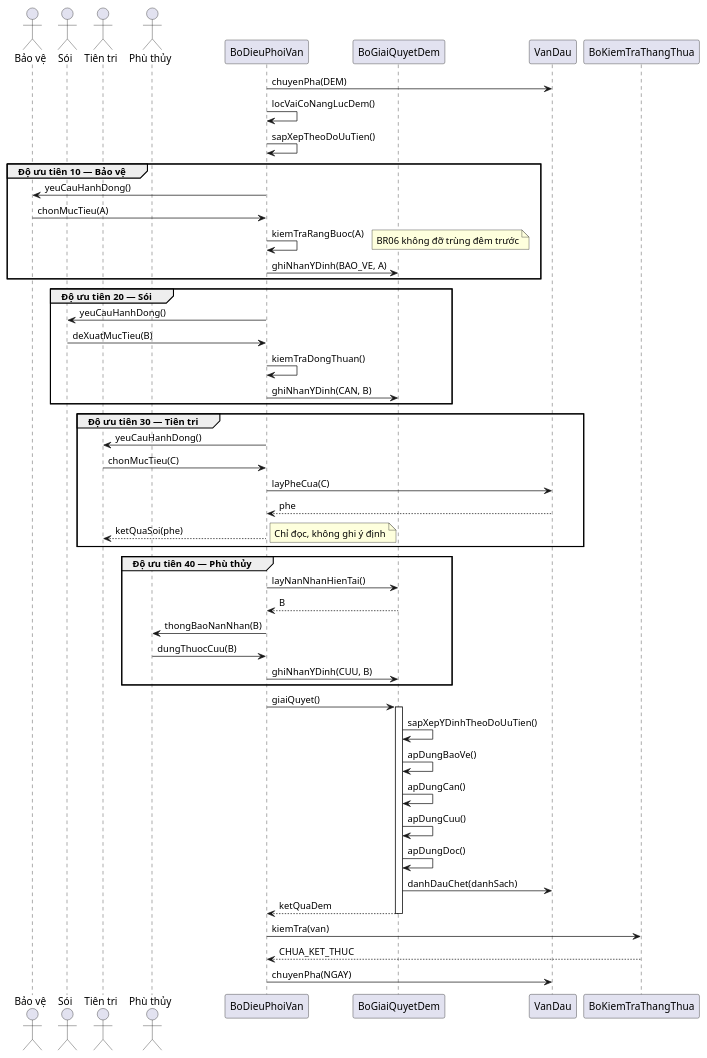
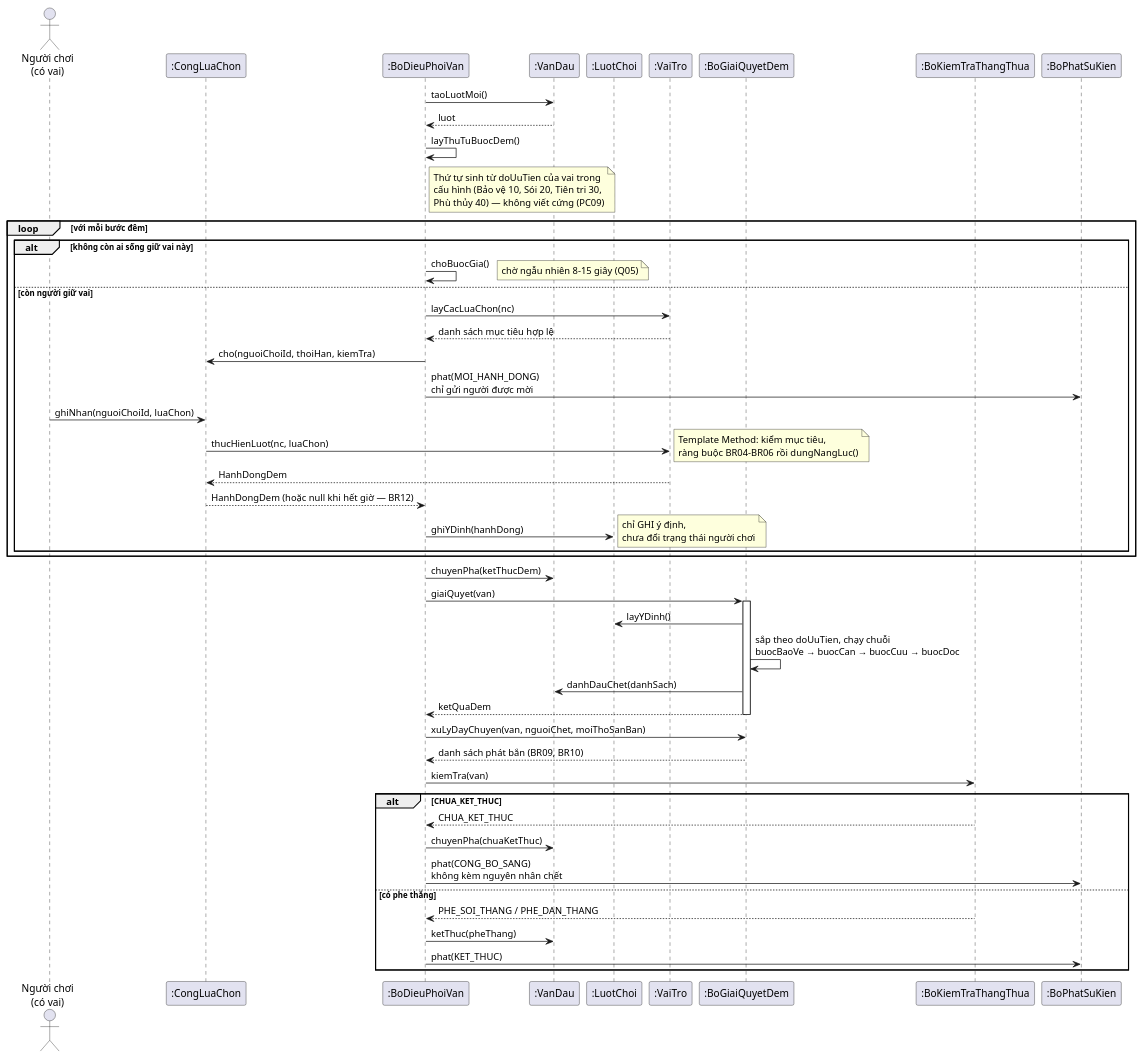
The diagram in docs/diagrams/04-sequence-pha-dem.puml (AlaVox-lab/WereWolf_Game), drawn with PlantUML before and after one commit. The commit also changed other lines of this file and 3 other files, not shown here.

First line of the commit message:
docs(diagrams): vẽ lại sơ đồ tuần tự và trạng thái ván theo mã

```diff
--- a/docs/diagrams/04-sequence-pha-dem.puml
+++ b/docs/diagrams/04-sequence-pha-dem.puml
@@ -3,54 +3,55 @@
 @startuml
-actor "Bảo vệ" as BV
-actor "Sói" as SO
-actor "Tiên tri" as TT
-actor "Phù thủy" as PT
-participant "BoDieuPhoiVan" as DP
-participant "BoGiaiQuyetDem" as GQ
-participant "VanDau" as VD
-participant "BoKiemTraThangThua" as KT
-DP -> VD : chuyenPha(DEM)
-DP -> DP : locVaiCoNangLucDem()
-DP -> DP : sapXepTheoDoUuTien()
-group Độ ưu tiên 10 — Bảo vệ
-  DP -> BV : yeuCauHanhDong()
-  BV -> DP : chonMucTieu(A)
-  DP -> DP : kiemTraRangBuoc(A)
-  note right : BR06 không đỡ trùng đêm trước
-  DP -> GQ : ghiNhanYDinh(BAO_VE, A)
+skinparam sequenceMessageAlign left
+actor "Người chơi\n(có vai)" as NC
+participant ":CongLuaChon" as CL
+participant ":BoDieuPhoiVan" as DP
+participant ":VanDau" as VD
+participant ":LuotChoi" as LC
+participant ":VaiTro" as VT
+participant ":BoGiaiQuyetDem" as GQ
+participant ":BoKiemTraThangThua" as KT
+participant ":BoPhatSuKien" as SK
+
+DP -> VD : taoLuotMoi()
+VD --> DP : luot
+DP -> DP : layThuTuBuocDem()
+note right of DP : Thứ tự sinh từ doUuTien của vai trong\ncấu hình (Bảo vệ 10, Sói 20, Tiên tri 30,\nPhù thủy 40) — không viết cứng (PC09)
+loop với mỗi bước đêm
+  alt không còn ai sống giữ vai này
+    DP -> DP : choBuocGia()
+    note right : chờ ngẫu nhiên 8–15 giây (Q05)
+  else còn người giữ vai
+    DP -> VT : layCacLuaChon(nc)
+    VT --> DP : danh sách mục tiêu hợp lệ
+    DP -> CL : cho(nguoiChoiId, thoiHan, kiemTra)
+    DP -> SK : phat(MOI_HANH_DONG)\nchỉ gửi người được mời
+    NC -> CL : ghiNhan(nguoiChoiId, luaChon)
+    CL -> VT : thucHienLuot(nc, luaChon)
+    note right : Template Method: kiểm mục tiêu,\nràng buộc BR04–BR06 rồi dungNangLuc()
+    VT --> CL : HanhDongDem
+    CL --> DP : HanhDongDem (hoặc null khi hết giờ — BR12)
+    DP -> LC : ghiYDinh(hanhDong)
+    note right : chỉ GHI ý định,\nchưa đổi trạng thái người chơi
+  end
 end
-group Độ ưu tiên 20 — Sói
-  DP -> SO : yeuCauHanhDong()
-  SO -> DP : deXuatMucTieu(B)
-  DP -> DP : kiemTraDongThuan()
-  DP -> GQ : ghiNhanYDinh(CAN, B)
-end
-group Độ ưu tiên 30 — Tiên tri
-  DP -> TT : yeuCauHanhDong()
-  TT -> DP : chonMucTieu(C)
-  DP -> VD : layPheCua(C)
-  VD --> DP : phe
-  DP --> TT : ketQuaSoi(phe)
-  note right : Chỉ đọc, không ghi ý định
-end
-group Độ ưu tiên 40 — Phù thủy
-  DP -> GQ : layNanNhanHienTai()
-  GQ --> DP : B
-  DP -> PT : thongBaoNanNhan(B)
-  PT -> DP : dungThuocCuu(B)
-  DP -> GQ : ghiNhanYDinh(CUU, B)
-end
-DP -> GQ : giaiQuyet()
+DP -> VD : chuyenPha(ketThucDem)
+DP -> GQ : giaiQuyet(van)
 activate GQ
-GQ -> GQ : sapXepYDinhTheoDoUuTien()
-GQ -> GQ : apDungBaoVe()
-GQ -> GQ : apDungCan()
-GQ -> GQ : apDungCuu()
-GQ -> GQ : apDungDoc()
+GQ -> LC : layYDinh()
+GQ -> GQ : sắp theo doUuTien, chạy chuỗi\nbuocBaoVe → buocCan → buocCuu → buocDoc
 GQ -> VD : danhDauChet(danhSach)
 GQ --> DP : ketQuaDem
 deactivate GQ
+DP -> GQ : xuLyDayChuyen(van, nguoiChet, moiThoSanBan)
+GQ --> DP : danh sách phát bắn (BR09, BR10)
 DP -> KT : kiemTra(van)
-KT --> DP : CHUA_KET_THUC
-DP -> VD : chuyenPha(NGAY)
+alt CHUA_KET_THUC
+  KT --> DP : CHUA_KET_THUC
+  DP -> VD : chuyenPha(chuaKetThuc)
+  DP -> SK : phat(CONG_BO_SANG)\nkhông kèm nguyên nhân chết
+else có phe thắng
+  KT --> DP : PHE_SOI_THANG / PHE_DAN_THANG
+  DP -> VD : ketThuc(pheThang)
+  DP -> SK : phat(KET_THUC)
+end
 @enduml
```
